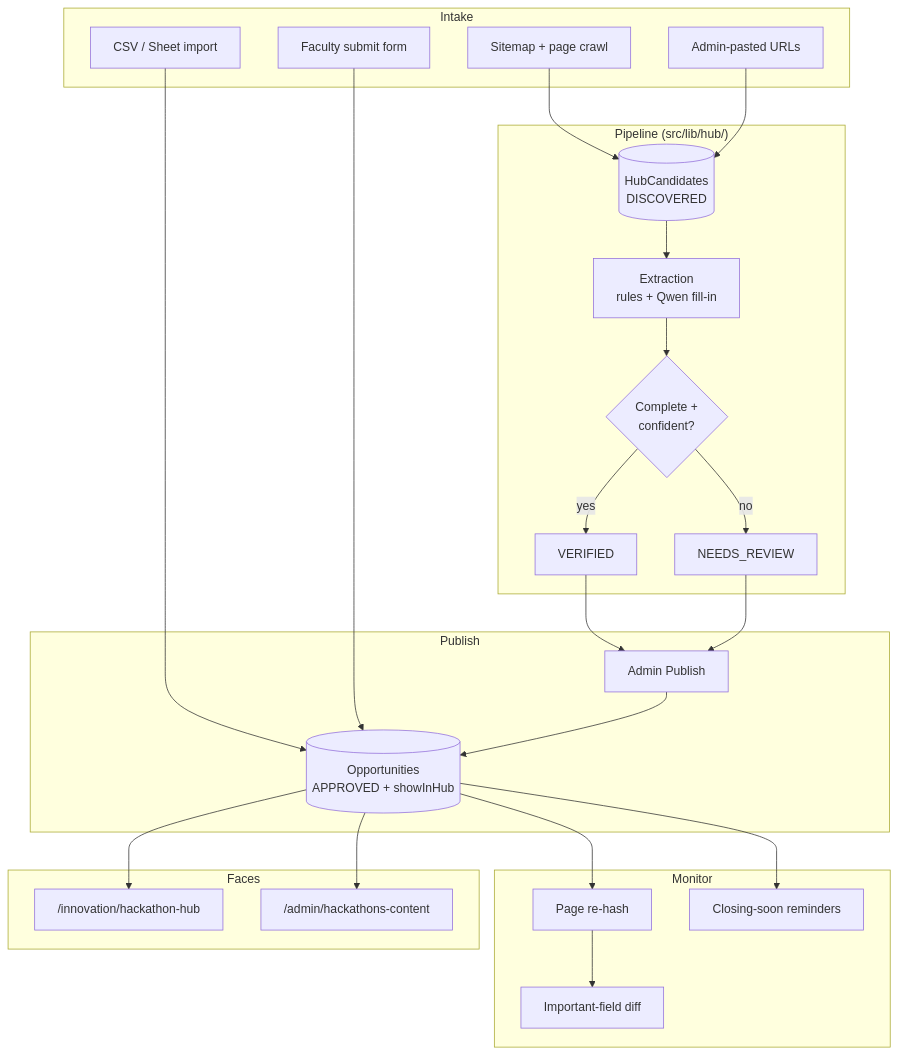
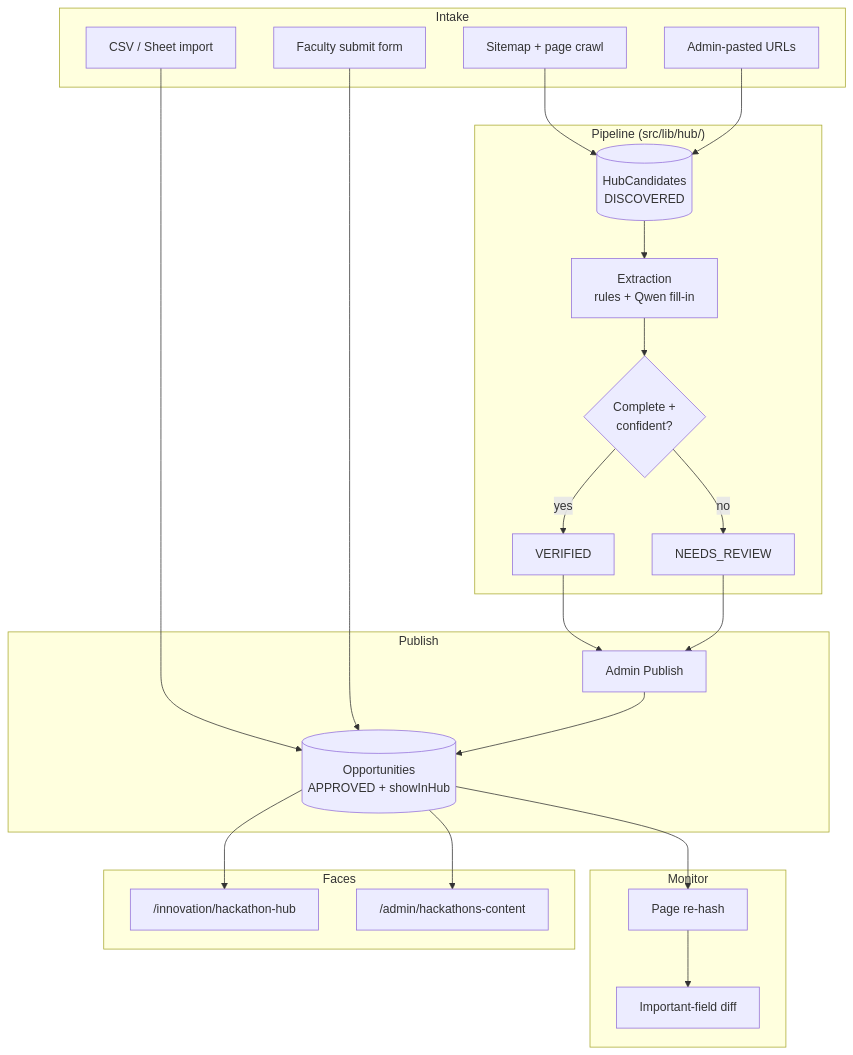
One commit to Jiteshhh08/CoE-Main changed the first of 2 diagrams in docs/handoff/HACKATHON_HUB.md. Above: the diagram before and after it, drawn with Mermaid. The commit also changed other lines of this file and 15 other files, not shown here.

````diff
--- a/docs/handoff/HACKATHON_HUB.md
+++ b/docs/handoff/HACKATHON_HUB.md
@@ -38,48 +37,46 @@
 ```mermaid
 graph TB
     subgraph "Intake"
         SM[Sitemap + page crawl]
         CSV[CSV / Sheet import]
         MAN[Admin-pasted URLs]
         FAC[Faculty submit form]
     end
 
     subgraph "Pipeline (src/lib/hub/)"
         CAND[(HubCandidates<br/>DISCOVERED)]
         EXT[Extraction<br/>rules + Qwen fill-in]
         REV{Complete +<br/>confident?}
         VER[VERIFIED]
         NR[NEEDS_REVIEW]
     end
 
     subgraph "Publish"
         PUB[Admin Publish]
         OPP[(Opportunities<br/>APPROVED + showInHub)]
     end
 
     subgraph "Monitor"
         HASH[Page re-hash]
         DIFF[Important-field diff]
-        REM[Closing-soon reminders]
     end
 
     subgraph "Faces"
         HUBPAGE["/innovation/hackathon-hub"]
         ADMIN["/admin/hackathons-content"]
     end
 
     SM --> CAND
     MAN --> CAND
     CSV --> OPP
     FAC --> OPP
     CAND --> EXT --> REV
     REV -->|yes| VER
     REV -->|no| NR
     VER --> PUB
     NR --> PUB
     PUB --> OPP
     OPP --> HASH --> DIFF
-    OPP --> REM
     OPP --> HUBPAGE
     OPP --> ADMIN
 ```
````
